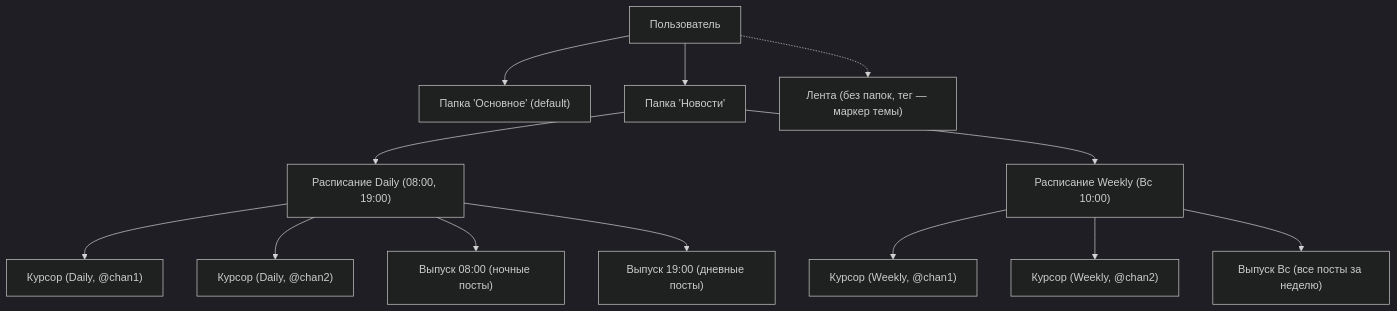
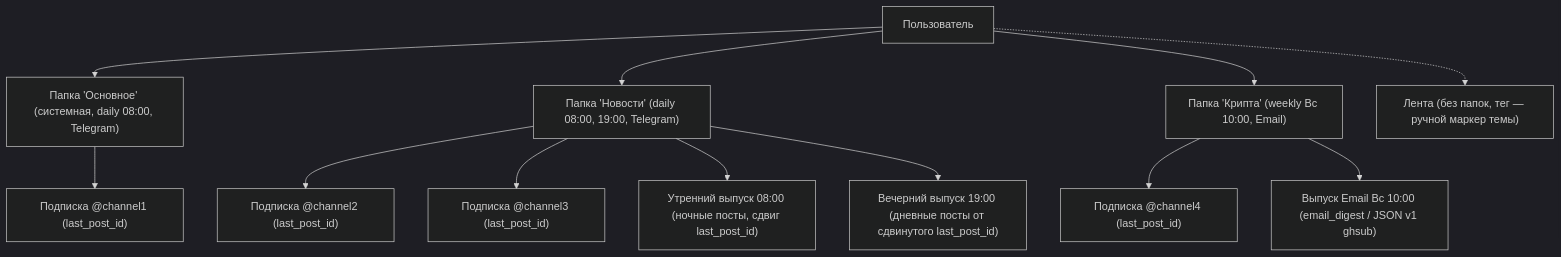
The first of 4 diagrams in docs/sprint/queue4-design.md (losoph/unagi-reminder-bot), drawn with Mermaid (dark theme) before and after one commit. The commit also changed other lines of this file and 3 other files, not shown here.

````diff
--- a/docs/sprint/queue4-design.md
+++ b/docs/sprint/queue4-design.md
@@ -46,19 +17,17 @@
 ```mermaid
 graph TD
-    User["Пользователь"] --> FolderMain["Папка 'Основное' (default)"]
-    User --> FolderNews["Папка 'Новости'"]
-    
-    FolderNews --> SchedDaily["Расписание Daily (08:00, 19:00)"]
-    FolderNews --> SchedWeekly["Расписание Weekly (Вс 10:00)"]
-    
-    SchedDaily --> Cursor1["Курсор (Daily, @chan1)"]
-    SchedDaily --> Cursor2["Курсор (Daily, @chan2)"]
-    SchedWeekly --> Cursor3["Курсор (Weekly, @chan1)"]
-    SchedWeekly --> Cursor4["Курсор (Weekly, @chan2)"]
-    
-    SchedDaily --> EditionMorning["Выпуск 08:00 (ночные посты)"]
-    SchedDaily --> EditionEvening["Выпуск 19:00 (дневные посты)"]
-    SchedWeekly --> EditionSun["Выпуск Вс (все посты за неделю)"]
-    
-    User -.-> FeedAll["Лента (без папок, тег — маркер темы)"]
+    User["Пользователь"] --> FolderMain["Папка 'Основное' (системная, daily 08:00, Telegram)"]
+    User --> FolderNews["Папка 'Новости' (daily 08:00, 19:00, Telegram)"]
+    User --> FolderCrypto["Папка 'Крипта' (weekly Вс 10:00, Email)"]
+
+    FolderMain --> Sub1["Подписка @channel1 (last_post_id)"]
+    FolderNews --> Sub2["Подписка @channel2 (last_post_id)"]
+    FolderNews --> Sub3["Подписка @channel3 (last_post_id)"]
+    FolderCrypto --> Sub4["Подписка @channel4 (last_post_id)"]
+
+    FolderNews --> EditionMorning["Утренний выпуск 08:00 (ночные посты, сдвиг last_post_id)"]
+    FolderNews --> EditionEvening["Вечерний выпуск 19:00 (дневные посты от сдвинутого last_post_id)"]
+    FolderCrypto --> EditionEmail["Выпуск Email Вс 10:00 (email_digest / JSON v1 ghsub)"]
+
+    User -.-> Feed["Лента (без папок, тег — ручной маркер темы)"]
 ```
````
